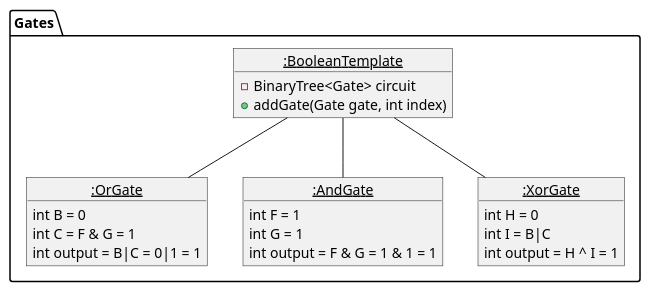
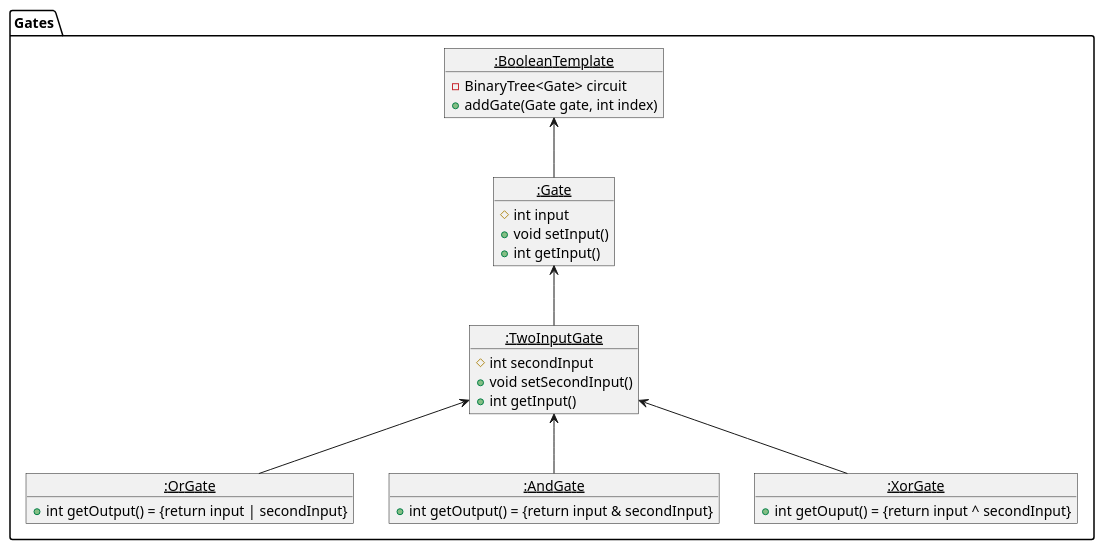
One commit to sevenseasofbri/tp changed the diagram in docs/diagrams/AddCommandOrAndXor.puml. Above: the diagram before and after it, drawn with PlantUML. The commit also changed 1 other file, not shown here.

Commit message:
Change of AddBooleanCommand class diagram

```diff
--- a/docs/diagrams/AddCommandOrAndXor.puml
+++ b/docs/diagrams/AddCommandOrAndXor.puml
@@ -1,37 +1,42 @@
 @startuml
 package Gates {
     object "__:BooleanTemplate__" as State1
     object "__:OrGate__" as State2
     object "__:AndGate__" as State3
     object “__:XorGate__" as State4
+    object “__:Gate__" as State5
+    object “__:TwoInputGate__" as State6
 }
-
 object State1 {
     - BinaryTree<Gate> circuit
     + addGate(Gate gate, int index)
 }
-
 object State2 {
-    int B = 0
-    int C = F & G = 1
-    int output = B|C = 0|1 = 1
+    + int getOutput() = {return input | secondInput}
+}
+object State3 {
+    + int getOutput() = {return input & secondInput}
+}
+object State4 {
+    + int getOuput() = {return input ^ secondInput}
 }
 
-object State3 {
-   int F = 1
-   int G = 1
-   int output = F & G = 1 & 1 = 1
+object State5 {
+   # int input
+   + void setInput()
+   + int getInput()
 }
 
-object State4 {
-   int H = 0
-   int I = B|C
-   int output = H ^ I = 1
+object State6 {
+   # int secondInput
+   + void setSecondInput()
+   + int getInput()
 }
 
 
-State1 -- State2
-State1 -- State3
-State1 -- State4
-
+State1 <-- State5
+State5 <-- State6
+State6 <-- State3
+State6 <-- State4
+State6 <-- State2
 @enduml
```
